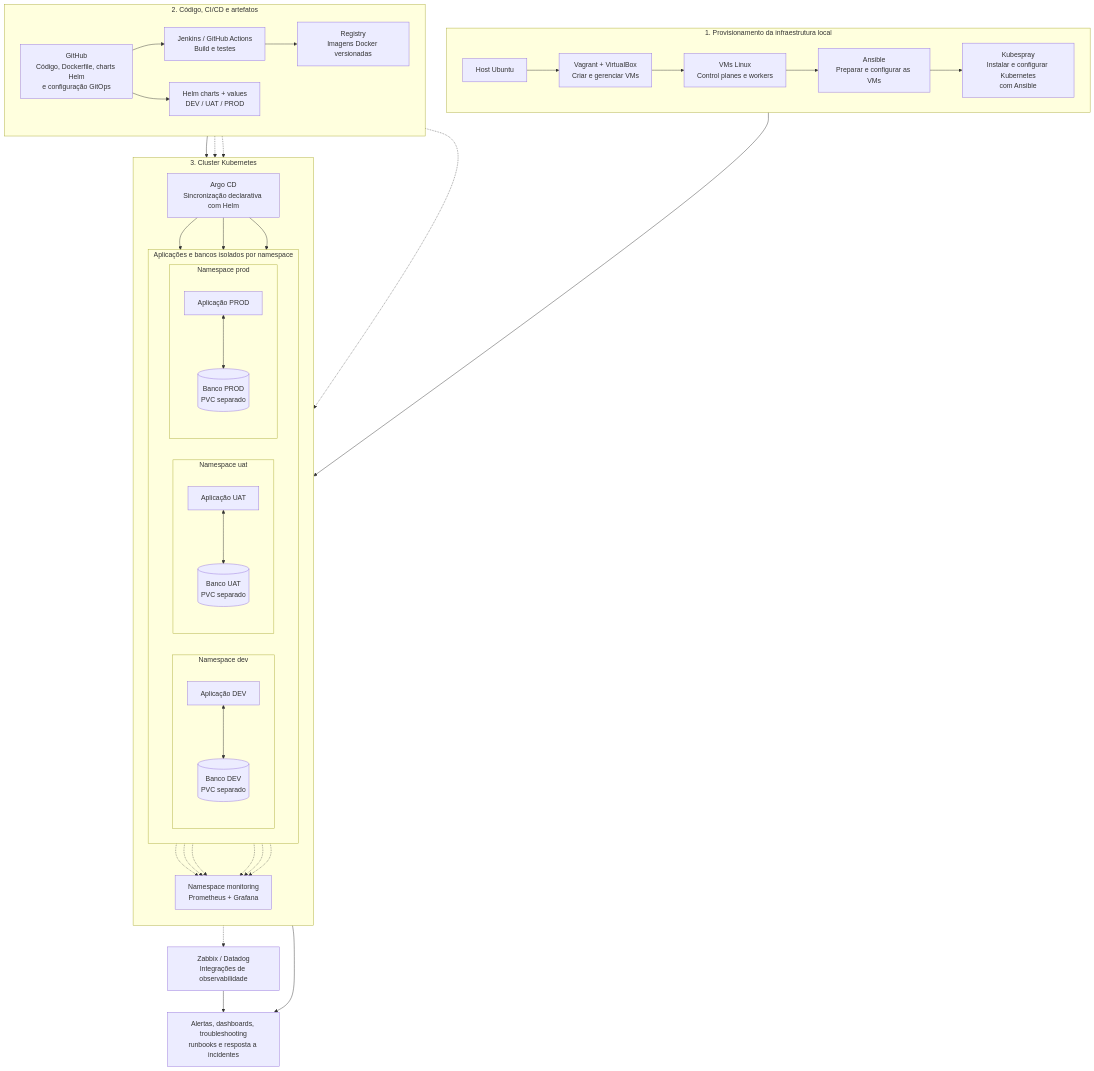
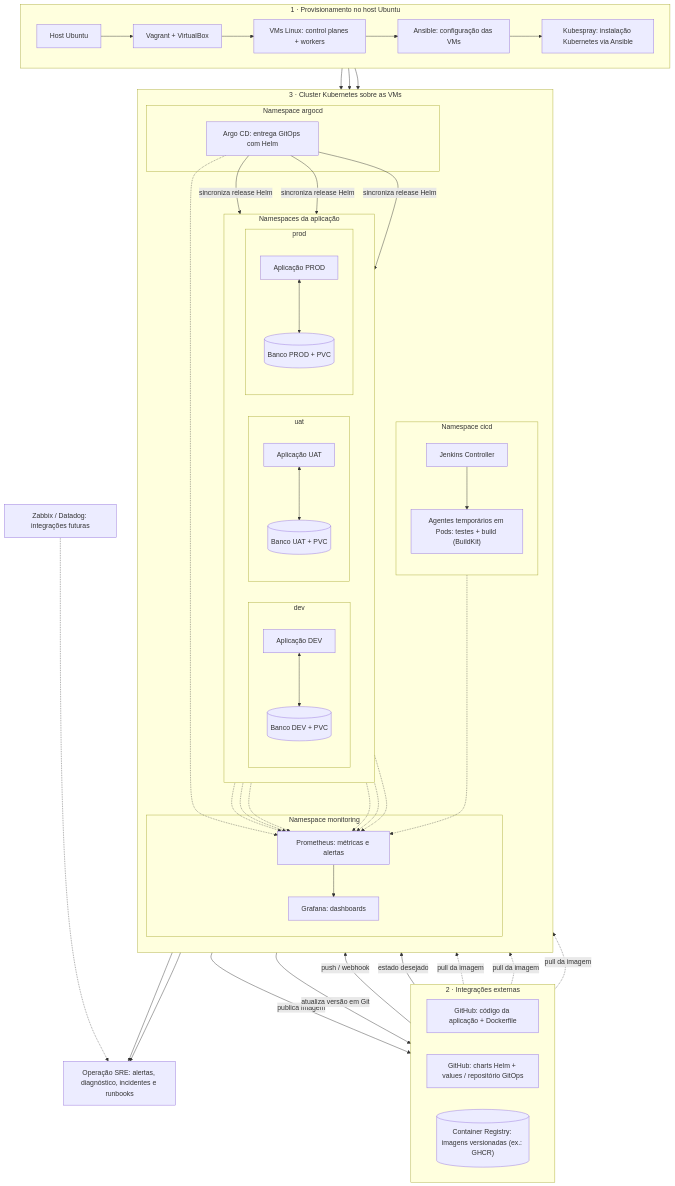
One commit to brunomori/SRE-LAB-3.0 changed the diagram in README.md. Above: the diagram before and after it, drawn with Mermaid. The commit also changed other lines of this file, not shown here.

Commit message:
docs(sre-lab): coloca Jenkins e observabilidade dentro do cluster no fluxograma

````diff
--- a/README.md
+++ b/README.md
@@ -29,63 +29,83 @@
 ```mermaid
 flowchart TB
-    subgraph INFRA["1. Provisionamento da infraestrutura local"]
+    subgraph BASE["1 · Provisionamento no host Ubuntu"]
         direction LR
-        HOST["Host Ubuntu"] --> VAGRANT["Vagrant + VirtualBox<br/>Criar e gerenciar VMs"]
-        VAGRANT --> VMS["VMs Linux<br/>Control planes e workers"]
-        VMS --> ANSIBLE["Ansible<br/>Preparar e configurar as VMs"]
-        ANSIBLE --> KUBESPRAY["Kubespray<br/>Instalar e configurar Kubernetes<br/>com Ansible"]
+        HOST["Host Ubuntu"] --> VAGRANT["Vagrant + VirtualBox"]
+        VAGRANT --> VMS["VMs Linux: control planes + workers"]
+        VMS --> ANSIBLE["Ansible: configuração das VMs"]
+        ANSIBLE --> KUBESPRAY["Kubespray: instalação Kubernetes via Ansible"]
     end
 
-    subgraph ENTREGA["2. Código, CI/CD e artefatos"]
+    subgraph EXTERNOS["2 · Integrações externas"]
         direction LR
-        GITHUB["GitHub<br/>Código, Dockerfile, charts Helm<br/>e configuração GitOps"] --> CI["Jenkins / GitHub Actions<br/>Build e testes"]
-        CI --> REGISTRY["Registry<br/>Imagens Docker versionadas"]
-        GITHUB --> HELM["Helm charts + values<br/>DEV / UAT / PROD"]
+        GHCODIGO["GitHub: código da aplicação + Dockerfile"]
+        GHGITOPS["GitHub: charts Helm + values / repositório GitOps"]
+        REGISTRY[("Container Registry: imagens versionadas (ex.: GHCR)")]
     end
 
-    subgraph CLUSTER["3. Cluster Kubernetes"]
+    subgraph K8S["3 · Cluster Kubernetes sobre as VMs"]
         direction TB
-        ARGO["Argo CD<br/>Sincronização declarativa com Helm"]
 
-        subgraph AMBIENTES["Aplicações e bancos isolados por namespace"]
+        subgraph CICD["Namespace cicd"]
+            direction TB
+            JENKINS["Jenkins Controller"] --> AGENTES["Agentes temporários em Pods: testes + build (BuildKit)"]
+        end
+
+        subgraph GITOPS["Namespace argocd"]
+            ARGO["Argo CD: entrega GitOps com Helm"]
+        end
+
+        subgraph AMBIENTES["Namespaces da aplicação"]
             direction LR
-            subgraph DEV["Namespace dev"]
+            subgraph DEV["dev"]
                 direction TB
-                APP_DEV["Aplicação DEV"] <--> DB_DEV[("Banco DEV<br/>PVC separado")]
+                APP_DEV["Aplicação DEV"] <--> DB_DEV[("Banco DEV + PVC")]
             end
-            subgraph UAT["Namespace uat"]
+            subgraph UAT["uat"]
                 direction TB
-                APP_UAT["Aplicação UAT"] <--> DB_UAT[("Banco UAT<br/>PVC separado")]
+                APP_UAT["Aplicação UAT"] <--> DB_UAT[("Banco UAT + PVC")]
             end
-            subgraph PROD["Namespace prod"]
+            subgraph PROD["prod"]
                 direction TB
-                APP_PROD["Aplicação PROD"] <--> DB_PROD[("Banco PROD<br/>PVC separado")]
+                APP_PROD["Aplicação PROD"] <--> DB_PROD[("Banco PROD + PVC")]
             end
         end
 
-        MONITORING["Namespace monitoring<br/>Prometheus + Grafana"]
+        subgraph OBS["Namespace monitoring"]
+            PROM["Prometheus: métricas e alertas"] --> GRAFANA["Grafana: dashboards"]
+        end
     end
 
-    OUTROS["Zabbix / Datadog<br/>Integrações de observabilidade"]
-    OPERACAO["Alertas, dashboards, troubleshooting<br/>runbooks e resposta a incidentes"]
+    EXT_OBS["Zabbix / Datadog: integrações futuras"]
+    SRE["Operação SRE: alertas, diagnóstico, incidentes e runbooks"]
 
-    KUBESPRAY --> CLUSTER
-    HELM --> ARGO
-    ARGO --> APP_DEV
-    ARGO --> APP_UAT
-    ARGO --> APP_PROD
-    REGISTRY -.-> APP_DEV
-    REGISTRY -.-> APP_UAT
-    REGISTRY -.-> APP_PROD
+    KUBESPRAY --> JENKINS
+    KUBESPRAY --> ARGO
+    KUBESPRAY --> APP_DEV
 
-    APP_DEV -.-> MONITORING
-    APP_UAT -.-> MONITORING
-    APP_PROD -.-> MONITORING
-    DB_DEV -.-> MONITORING
-    DB_UAT -.-> MONITORING
-    DB_PROD -.-> MONITORING
-    CLUSTER -.-> OUTROS
+    GHCODIGO -->|push / webhook| JENKINS
+    AGENTES -->|publica imagem| REGISTRY
+    AGENTES -->|atualiza versão em Git| GHGITOPS
+    GHGITOPS -->|estado desejado| ARGO
 
-    MONITORING --> OPERACAO
-    OUTROS --> OPERACAO
+    ARGO -->|sincroniza release Helm| APP_DEV
+    ARGO -->|sincroniza release Helm| APP_UAT
+    ARGO -->|sincroniza release Helm| APP_PROD
+
+    REGISTRY -.->|pull da imagem| APP_DEV
+    REGISTRY -.->|pull da imagem| APP_UAT
+    REGISTRY -.->|pull da imagem| APP_PROD
+
+    APP_DEV -.-> PROM
+    APP_UAT -.-> PROM
+    APP_PROD -.-> PROM
+    DB_DEV -.-> PROM
+    DB_UAT -.-> PROM
+    DB_PROD -.-> PROM
+    JENKINS -.-> PROM
+    ARGO -.-> PROM
+
+    PROM --> SRE
+    GRAFANA --> SRE
+    EXT_OBS -.-> SRE
 ```
````
